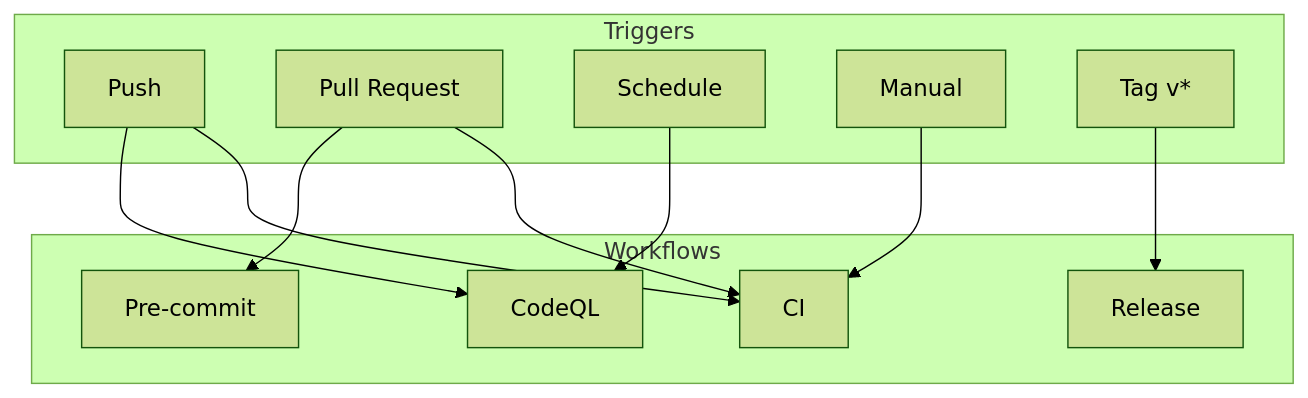
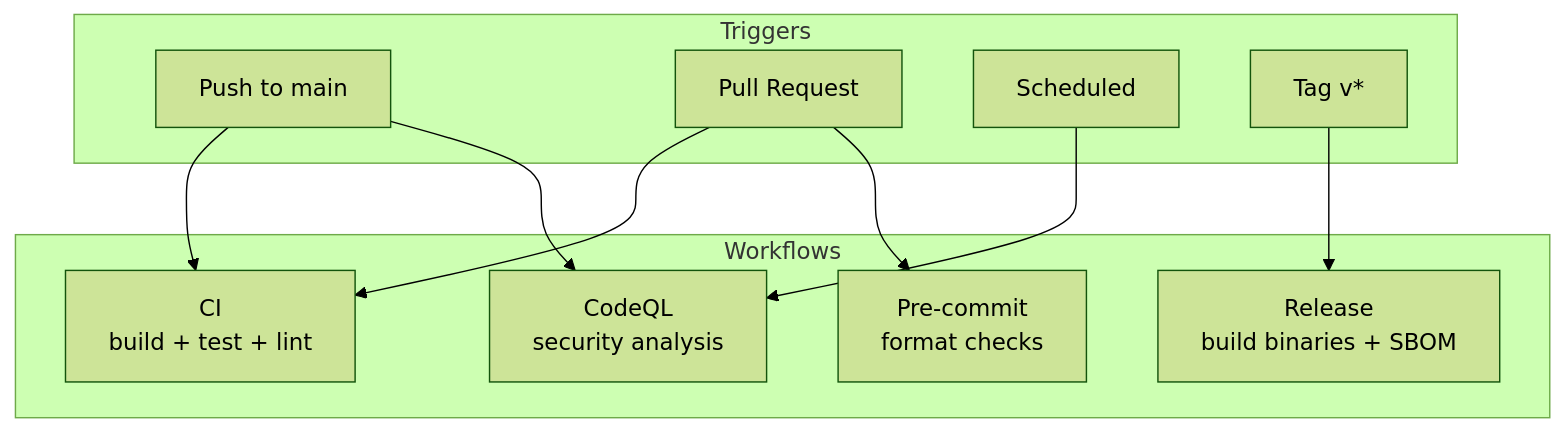
Before and after one commit to Jebel-Quant/rhiza-go: the fifth of 7 diagrams in docs/ARCHITECTURE.md, drawn with Mermaid (forest theme). The commit also changed other lines of this file, not shown here.

````diff
--- a/docs/ARCHITECTURE.md
+++ b/docs/ARCHITECTURE.md
@@ -179,25 +283,23 @@
 ```mermaid
 flowchart TD
     subgraph Triggers
-        push[Push]
+        push[Push to main]
         pr[Pull Request]
-        schedule[Schedule]
-        manual[Manual]
+        schedule[Scheduled]
         tag[Tag v*]
     end
 
     subgraph Workflows
-        ci[CI]
-        codeql[CodeQL]
-        release[Release]
-        precommit[Pre-commit]
+        ci[CI<br/>build + test + lint]
+        codeql[CodeQL<br/>security analysis]
+        release[Release<br/>build binaries + SBOM]
+        precommit[Pre-commit<br/>format checks]
     end
 
     push --> ci
     push --> codeql
     pr --> ci
     pr --> precommit
     schedule --> codeql
-    manual --> ci
     tag --> release
 ```
````
